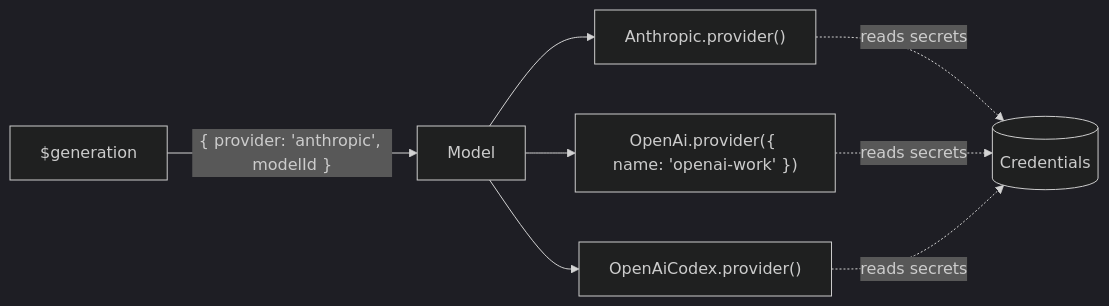
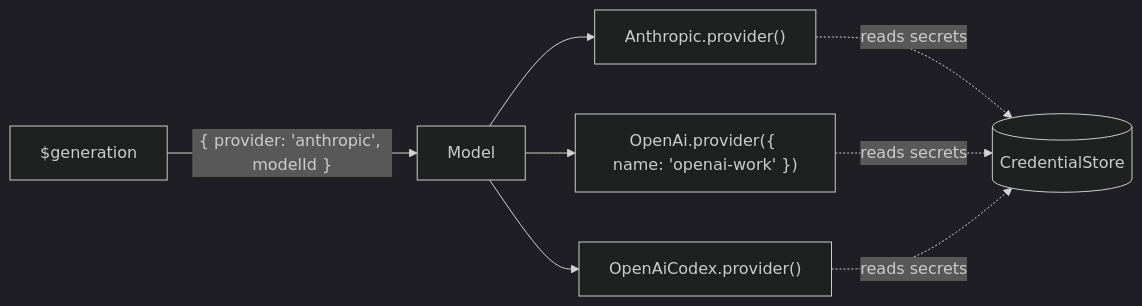
Before and after one commit to julia-script/effect-harness: the diagram in docs/providers.md, drawn with Mermaid (dark theme). The commit also changed other lines of this file and 48 other files, not shown here.

First line of the commit message:
Rename CredentialStore and use tagged credential schemas (#71)

````diff
--- a/docs/providers.md
+++ b/docs/providers.md
@@ -5,8 +5,8 @@
 ```mermaid
 flowchart LR
   G["$generation"] -->|"{ provider: 'anthropic', modelId }"| M[Model]
   M --> A["Anthropic.provider()"]
   M --> O["OpenAi.provider({ name: 'openai-work' })"]
   M --> X["OpenAiCodex.provider()"]
-  A & O & X -.reads secrets.-> CR[(Credentials)]
+  A & O & X -.reads secrets.-> CR[(CredentialStore)]
 ```
````
